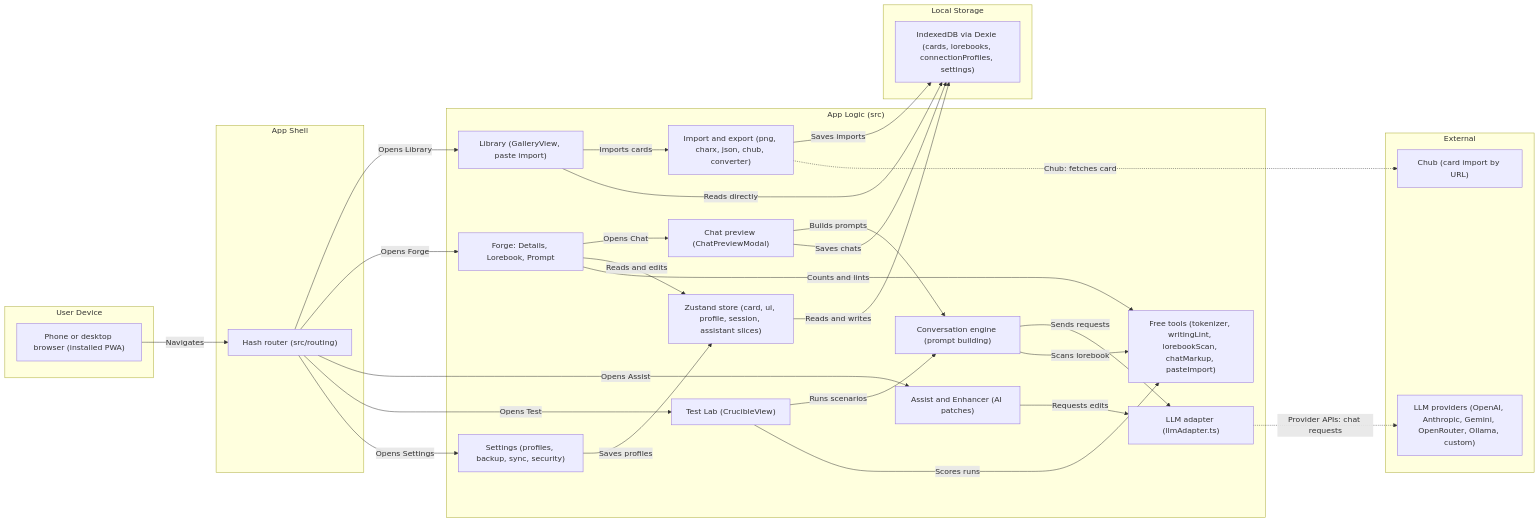
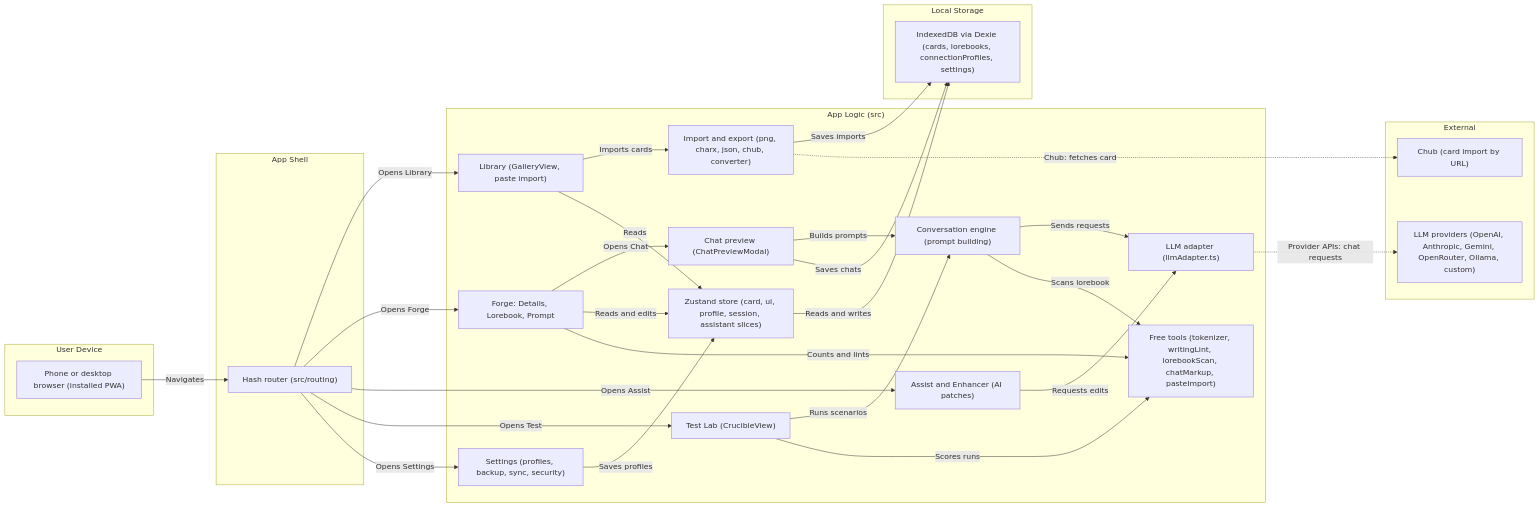
Before and after one commit to KarlMuzen/RoleplayForge: the first of 3 diagrams in docs/ARCHITECTURE.md, drawn with Mermaid. The commit also changed other lines of this file and 2 other files, not shown here.

Commit message:
docs: sync state after card 031, close its bugs, add Assist header bug, refresh ARCHITECTURE

````diff
--- a/docs/ARCHITECTURE.md
+++ b/docs/ARCHITECTURE.md
@@ -11,53 +11,53 @@
 ```mermaid
 flowchart LR
     subgraph client ["User Device"]
         phone["Phone or desktop browser (installed PWA)"]
     end
     subgraph gateway ["App Shell"]
         router["Hash router (src/routing)"]
     end
     subgraph service ["App Logic (src)"]
         library["Library (GalleryView, paste import)"]
         editor["Forge: Details, Lorebook, Prompt"]
         assist["Assist and Enhancer (AI patches)"]
         chat["Chat preview (ChatPreviewModal)"]
         testlab["Test Lab (CrucibleView)"]
         settings["Settings (profiles, backup, sync, security)"]
         store["Zustand store (card, ui, profile, session, assistant slices)"]
         io["Import and export (png, charx, json, chub, converter)"]
         tools["Free tools (tokenizer, writingLint, lorebookScan, chatMarkup, pasteImport)"]
         engine["Conversation engine (prompt building)"]
         llm["LLM adapter (llmAdapter.ts)"]
     end
     subgraph datastore ["Local Storage"]
         dexie["IndexedDB via Dexie (cards, lorebooks, connectionProfiles, settings)"]
     end
     subgraph external ["External"]
         providers["LLM providers (OpenAI, Anthropic, Gemini, OpenRouter, Ollama, custom)"]
         chub["Chub (card import by URL)"]
     end
 
     phone -->|"Navigates"| router
     router -->|"Opens Library"| library
     router -->|"Opens Forge"| editor
     router -->|"Opens Assist"| assist
     router -->|"Opens Test"| testlab
     router -->|"Opens Settings"| settings
     editor -->|"Opens Chat"| chat
     library -->|"Imports cards"| io
-    library -->|"Reads directly"| dexie
+    library -->|"Reads"| store
     editor -->|"Reads and edits"| store
     editor -->|"Counts and lints"| tools
     assist -->|"Requests edits"| llm
     chat -->|"Builds prompts"| engine
     chat -->|"Saves chats"| dexie
     testlab -->|"Runs scenarios"| engine
     testlab -->|"Scores runs"| tools
     engine -->|"Sends requests"| llm
     engine -->|"Scans lorebook"| tools
     settings -->|"Saves profiles"| store
     store -->|"Reads and writes"| dexie
     io -->|"Saves imports"| dexie
     llm -.->|"Provider APIs: chat requests"| providers
     io -.->|"Chub: fetches card"| chub
 ```
````
